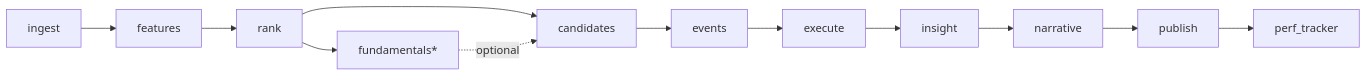
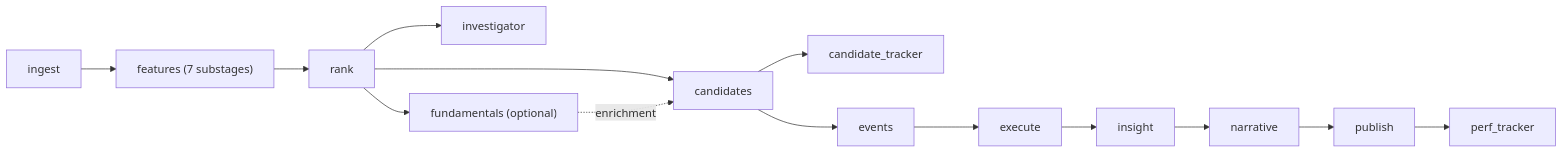
One commit to prashantsirohi/ai-trading-system changed the diagram in docs/architecture/operational_data_flow.md. Above: the diagram before and after it, drawn with Mermaid. The commit also changed other lines of this file and 25 other files, not shown here.

````diff
--- a/docs/architecture/operational_data_flow.md
+++ b/docs/architecture/operational_data_flow.md
@@ -19,14 +46,16 @@
 ```mermaid
 flowchart LR
-    ingest[ingest] --> features[features]
-    features --> rank[rank]
-    rank --> fundamentals[fundamentals*]
-    rank --> candidates[candidates]
-    fundamentals -.optional.-> candidates
-    candidates --> events[events]
-    events --> execute[execute]
-    execute --> insight[insight]
-    insight --> narrative[narrative]
-    narrative --> publish[publish]
-    publish --> perf_tracker[perf_tracker]
+    I["ingest"] --> F["features (7 substages)"]
+    F --> R["rank"]
+    R --> V["investigator"]
+    R --> U["fundamentals (optional)"]
+    R --> C["candidates"]
+    U -. "enrichment" .-> C
+    C --> T["candidate_tracker"]
+    C --> E["events"]
+    E --> X["execute"]
+    X --> S["insight"]
+    S --> N["narrative"]
+    N --> P["publish"]
+    P --> Q["perf_tracker"]
 ```
````
